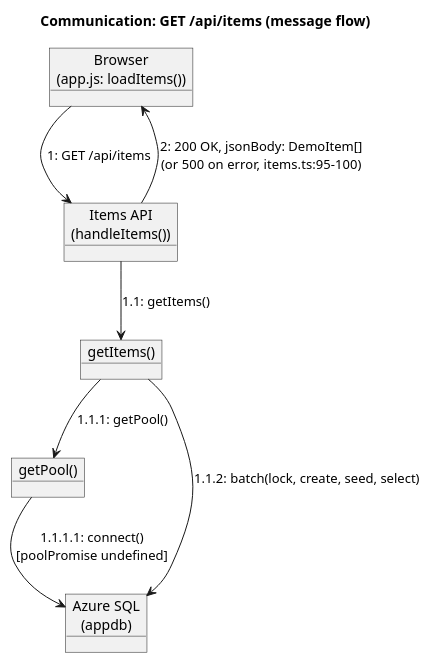
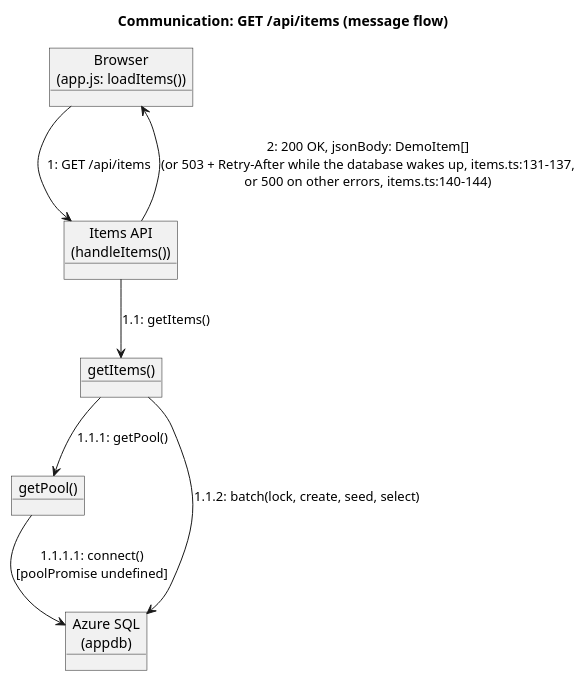
The diagram in uml/interaction/12-communication.puml (wolffy-au/frictionless-sample-azure), drawn with PlantUML before and after one commit. The commit also changed 8 other files, not shown here.

```diff
--- a/uml/interaction/12-communication.puml
+++ b/uml/interaction/12-communication.puml
@@ -1,17 +1,17 @@
 @startuml
 title Communication: GET /api/items (message flow)
 
 object "Browser\n(app.js: loadItems())" as Browser
 object "Items API\n(handleItems())" as ItemsAPI
 object "getItems()" as GetItems
 object "getPool()" as GetPool
 object "Azure SQL\n(appdb)" as Sql
 
 Browser --> ItemsAPI : 1: GET /api/items
 ItemsAPI --> GetItems : 1.1: getItems()
 GetItems --> GetPool : 1.1.1: getPool()
 GetPool --> Sql : 1.1.1.1: connect()\n[poolPromise undefined]
 GetItems --> Sql : 1.1.2: batch(lock, create, seed, select)
-ItemsAPI --> Browser : 2: 200 OK, jsonBody: DemoItem[]\n(or 500 on error, items.ts:95-100)
+ItemsAPI --> Browser : 2: 200 OK, jsonBody: DemoItem[]\n(or 503 + Retry-After while the database wakes up, items.ts:131-137,\nor 500 on other errors, items.ts:140-144)
 
 @enduml
```
